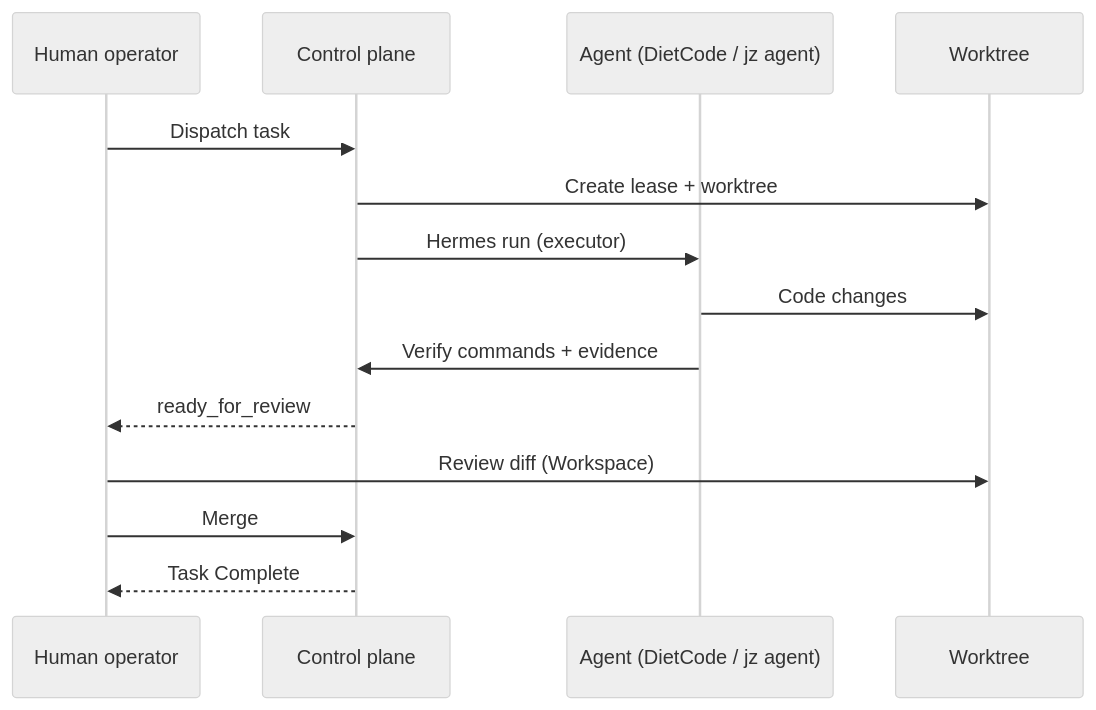
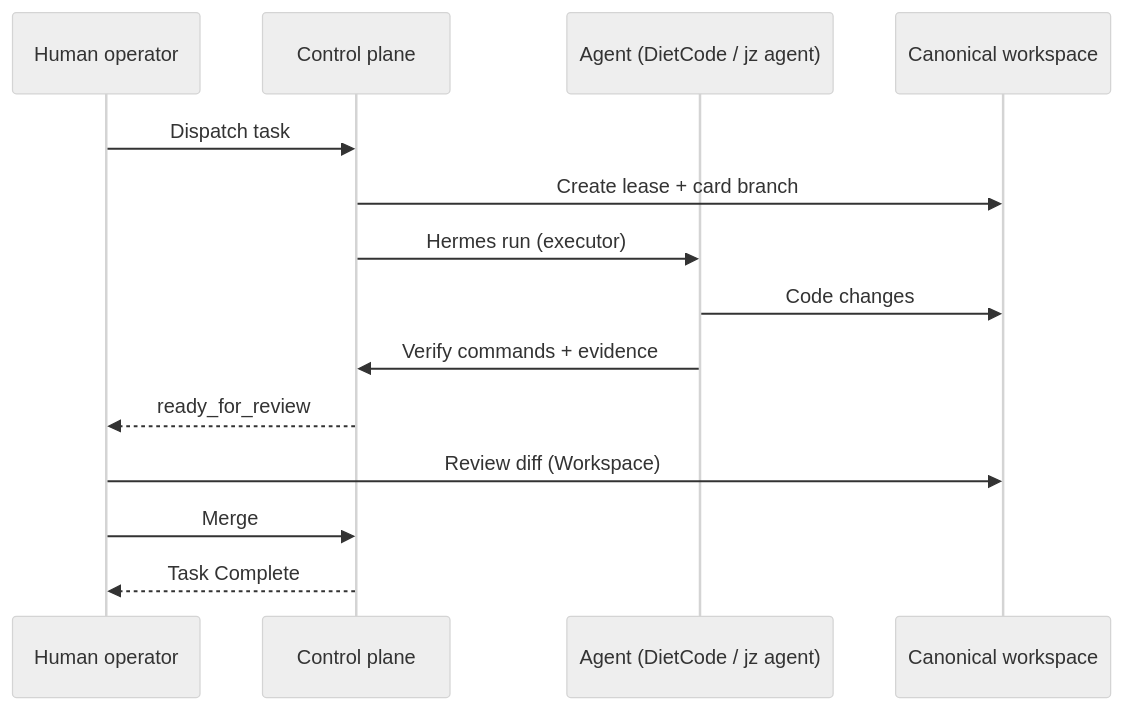
One commit to CardSorting/JoyZoning changed the diagram in docs/concepts.md. Above: the diagram before and after it, drawn with Mermaid (neutral theme). The commit also changed other lines of this file and 34 other files, not shown here.

First line of the commit message:
Updated README and docs so they share one story: canonical workspace, JSDP sequential delivery, and human merge as authority.

````diff
--- a/docs/concepts.md
+++ b/docs/concepts.md
@@ -81,17 +81,17 @@
 ```mermaid
 sequenceDiagram
   participant H as Human operator
   participant CP as Control plane
   participant A as Agent (DietCode / jz agent)
-  participant W as Worktree
+  participant W as Canonical workspace
 
   H->>CP: Dispatch task
-  CP->>W: Create lease + worktree
+  CP->>W: Create lease + card branch
   CP->>A: Hermes run (executor)
   A->>W: Code changes
   A->>CP: Verify commands + evidence
   CP-->>H: ready_for_review
   H->>W: Review diff (Workspace)
   H->>CP: Merge
   CP-->>H: Task Complete
 ```
````
